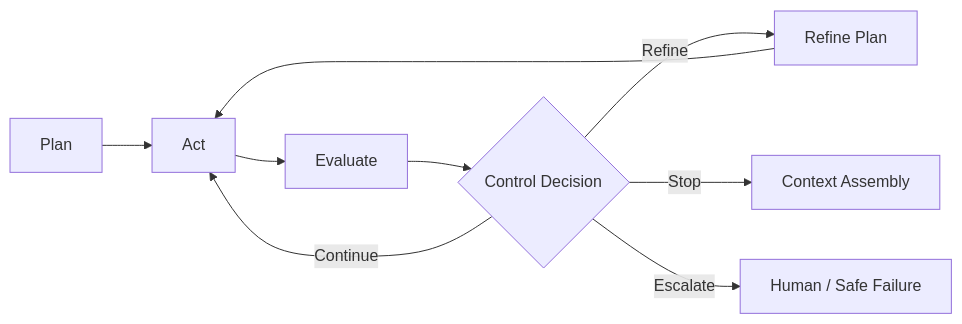
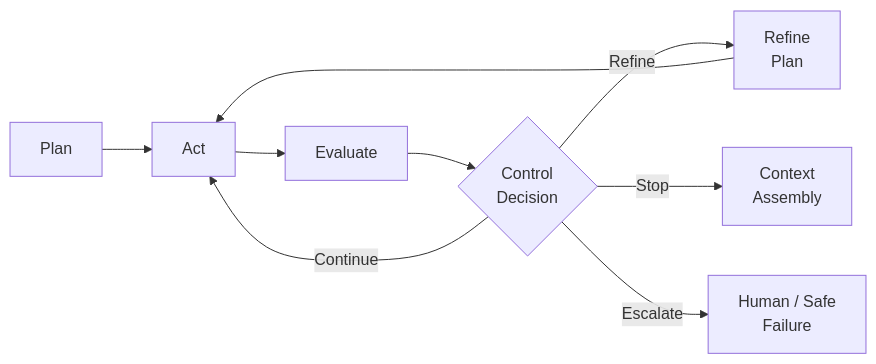
Before and after one commit to MihirKJha/enterprise-ai-blog: the fourth of 6 diagrams in docs/architecture-insights/genai-and-rag/3.7_architecting_agentic_retrieval_planning_evidence_control.md, drawn with Mermaid. The commit also changed other lines of this file, not shown here.

````diff
--- a/docs/architecture-insights/genai-and-rag/3.7_architecting_agentic_retrieval_planning_evidence_control.md
+++ b/docs/architecture-insights/genai-and-rag/3.7_architecting_agentic_retrieval_planning_evidence_control.md
@@ -249,12 +249,12 @@
 ```mermaid
 flowchart LR
     P[Plan] --> A[Act]
     A --> E[Evaluate]
-    E --> C{Control Decision}
+    E --> C{Control<br/>Decision}
 
     C -->|Continue| A
-    C -->|Refine| R[Refine Plan]
+    C -->|Refine| R[Refine<br/>Plan]
     R --> A
-    C -->|Stop| S[Context Assembly]
-    C -->|Escalate| H[Human / Safe Failure]
+    C -->|Stop| S[Context<br/>Assembly]
+    C -->|Escalate| H[Human / Safe<br/>Failure]
 ```
````
